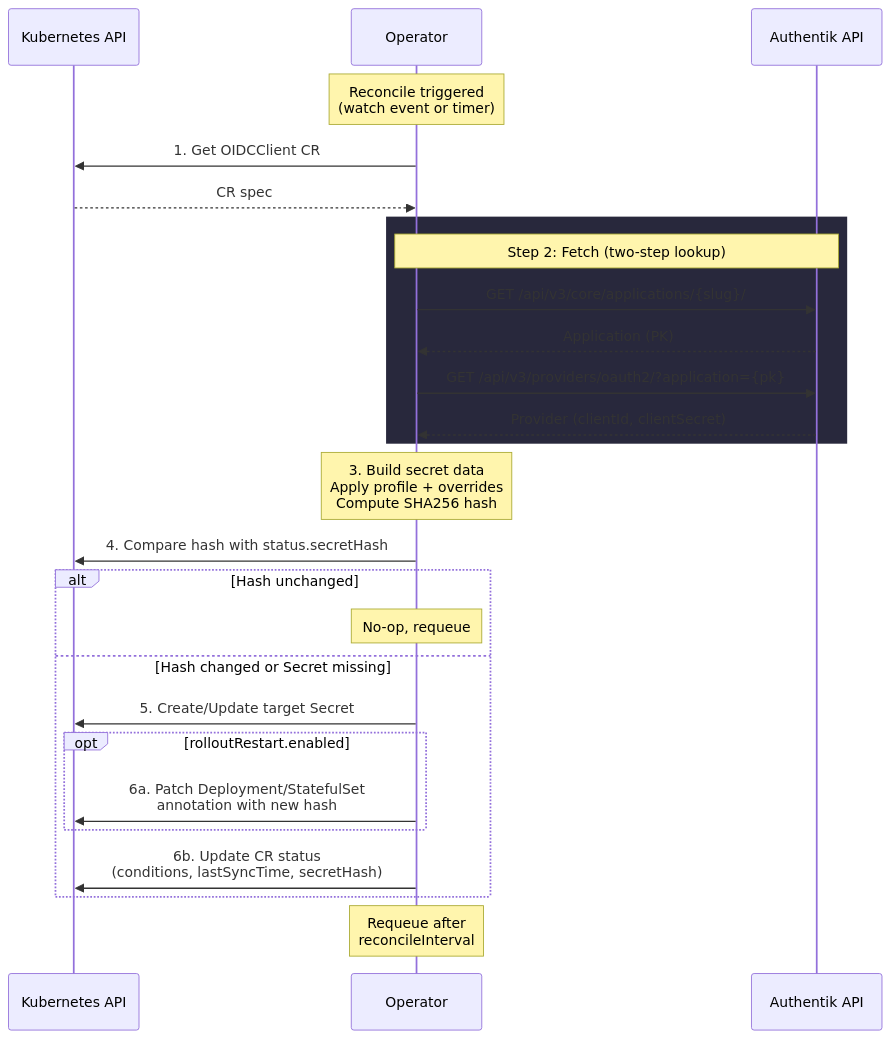
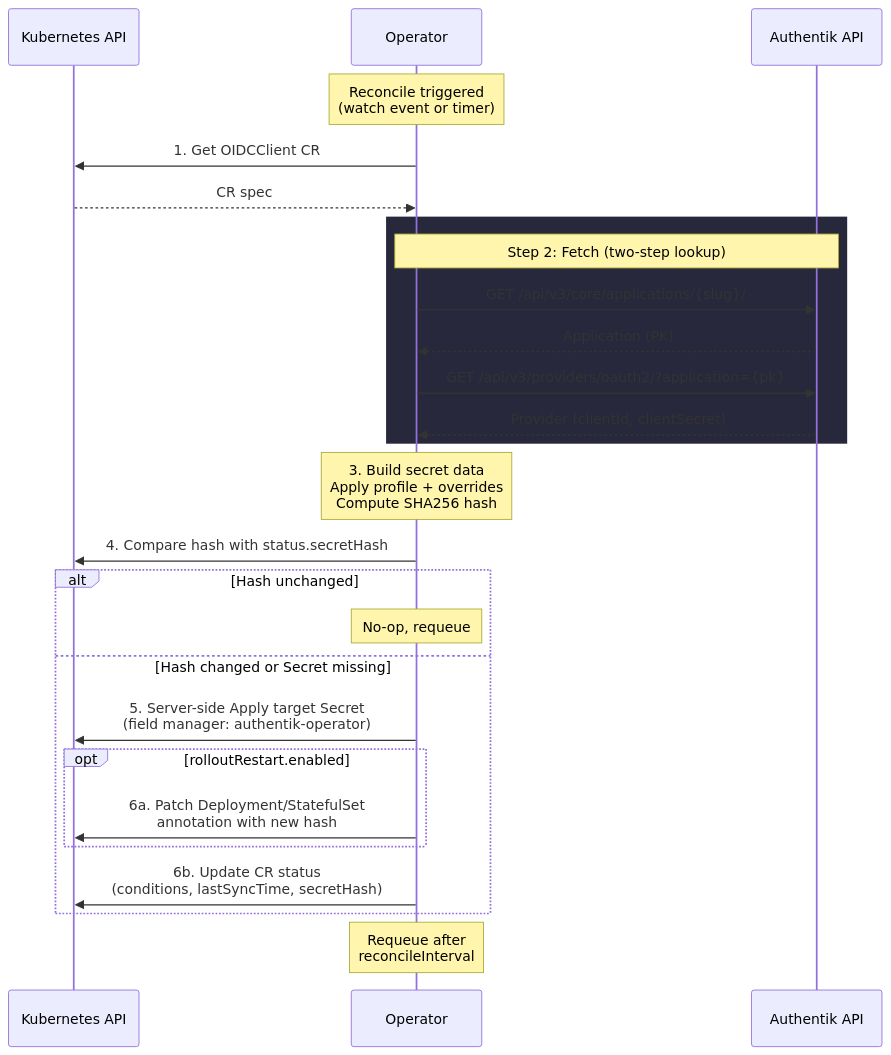
Before and after one commit to kettleofketchup/AuthentikOperator: the second of 2 diagrams in docs/reference/architecture.md, drawn with Mermaid. The commit also changed other lines of this file and 2 other files, not shown here.

Commit message:
docs: document server-side apply and ArgoCD integration

````diff
--- a/docs/reference/architecture.md
+++ b/docs/reference/architecture.md
@@ -55,37 +55,37 @@
 ```mermaid
 sequenceDiagram
     participant K8s as Kubernetes API
     participant Op as Operator
     participant Auth as Authentik API
 
     Note over Op: Reconcile triggered<br/>(watch event or timer)
 
     Op->>K8s: 1. Get OIDCClient CR
     K8s-->>Op: CR spec
 
     rect rgb(40, 40, 60)
         Note over Op,Auth: Step 2: Fetch (two-step lookup)
         Op->>Auth: GET /api/v3/core/applications/{slug}/
         Auth-->>Op: Application (PK)
         Op->>Auth: GET /api/v3/providers/oauth2/?application={pk}
         Auth-->>Op: Provider (clientId, clientSecret)
     end
 
     Note over Op: 3. Build secret data<br/>Apply profile + overrides<br/>Compute SHA256 hash
 
     Op->>K8s: 4. Compare hash with status.secretHash
 
     alt Hash unchanged
         Note over Op: No-op, requeue
     else Hash changed or Secret missing
-        Op->>K8s: 5. Create/Update target Secret
+        Op->>K8s: 5. Server-side Apply target Secret<br/>(field manager: authentik-operator)
 
         opt rolloutRestart.enabled
             Op->>K8s: 6a. Patch Deployment/StatefulSet<br/>annotation with new hash
         end
 
         Op->>K8s: 6b. Update CR status<br/>(conditions, lastSyncTime, secretHash)
     end
 
     Note over Op: Requeue after<br/>reconcileInterval
 ```
````
